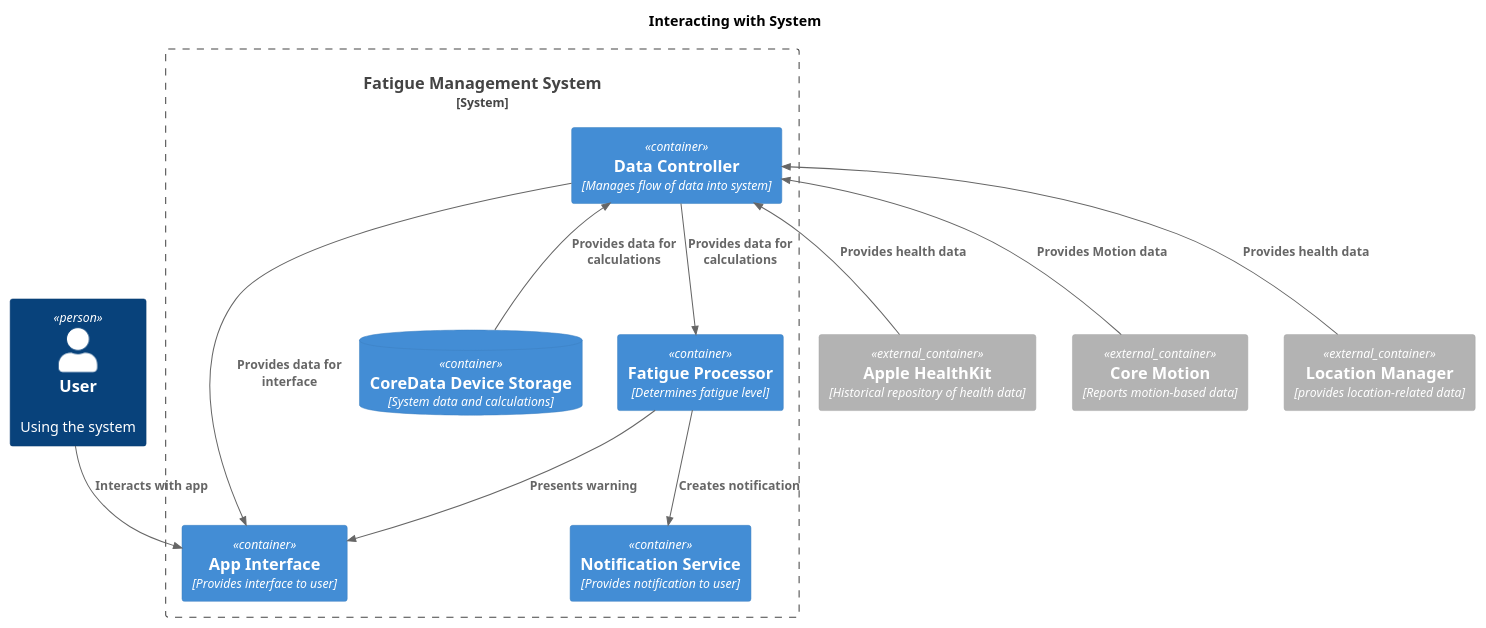
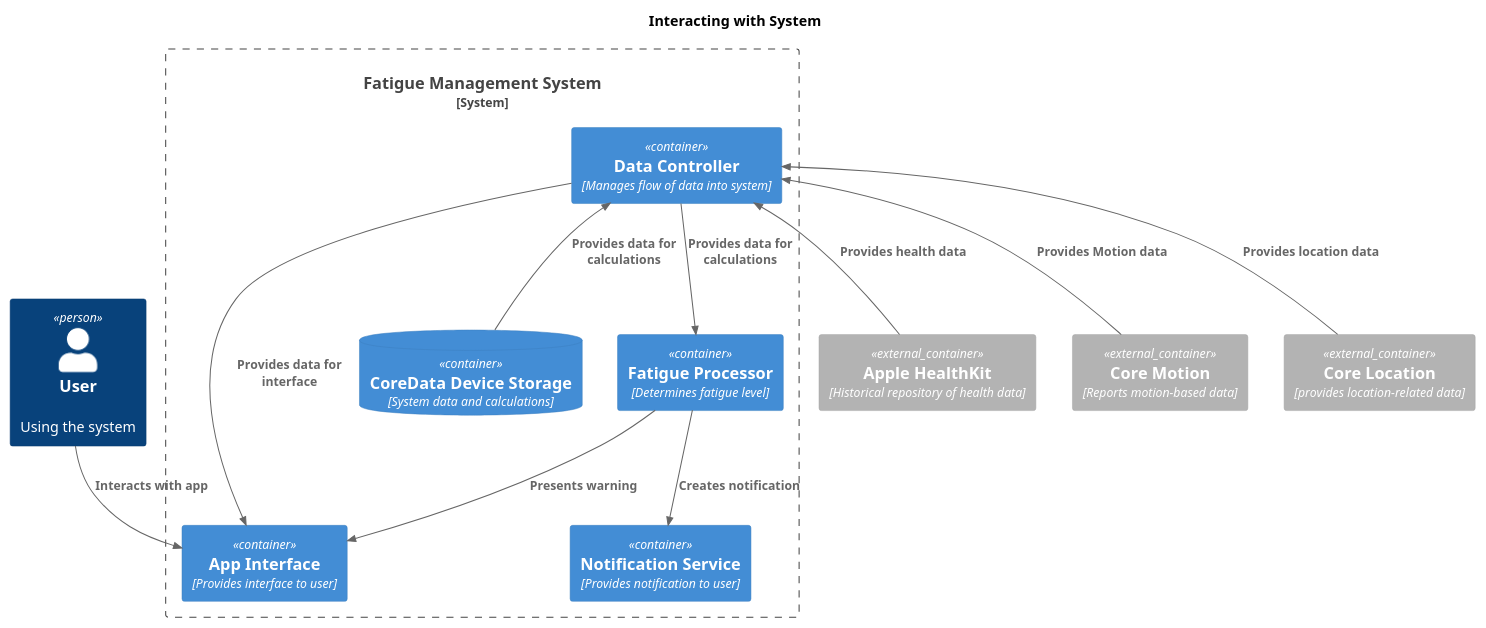
Before and after one commit to VC-658-Team/VC-658: the diagram in diagrams/container/container-diagram-interaction.puml, drawn with PlantUML. The commit also changed 3 other files, not shown here.

Commit message:
updating diagrams

```diff
--- a/diagrams/container/container-diagram-interaction.puml
+++ b/diagrams/container/container-diagram-interaction.puml
@@ -1,38 +1,38 @@
 @startuml Container-diagram
 !include  https://raw.githubusercontent.com/plantuml-stdlib/C4-PlantUML/master/C4_Container.puml
 
 title "Interacting with System"
 
 
 Person(user, "User", "Using the system")
 
 System_Boundary(systemCont, "Fatigue Management System") {
     Container(app, "App Interface", "Provides interface to user") 
     Container(data, "Data Controller", "Manages flow of data into system")
     Container(fatigueProc, "Fatigue Processor", "Determines fatigue level")
     Container(notifications, "Notification Service", "Provides notification to user")
     ContainerDb(coreData, "CoreData Device Storage", "System data and calculations")
 }
 
 Container_Ext(healthkit, "Apple HealthKit", "Historical repository of health data")
 Container_Ext(coreMotion, "Core Motion", "Reports motion-based data")
-Container_Ext(LocationMgr, "Location Manager", "provides location-related data")
+Container_Ext(coreLocation, "Core Location", "provides location-related data")
 
 ' Internal relations
 Rel_D(user, app, "Interacts with app")
 Rel_U(data, app, "Provides data for interface")
 Rel(data, fatigueProc, "Provides data for calculations")
 Rel(fatigueProc, notifications, "Creates notification")
 Rel(fatigueProc, app, "Presents warning")
 Rel_U(coreData, data, "Provides data for calculations")
 
 
 ' External relations
 
 Rel_U(healthkit, data, "Provides health data")
 Rel_U(coreMotion, data, "Provides Motion data")
-Rel_U(LocationMgr, data, "Provides health data")
+Rel_U(coreLocation, data, "Provides location data")
 
 
 
 @enduml
```
